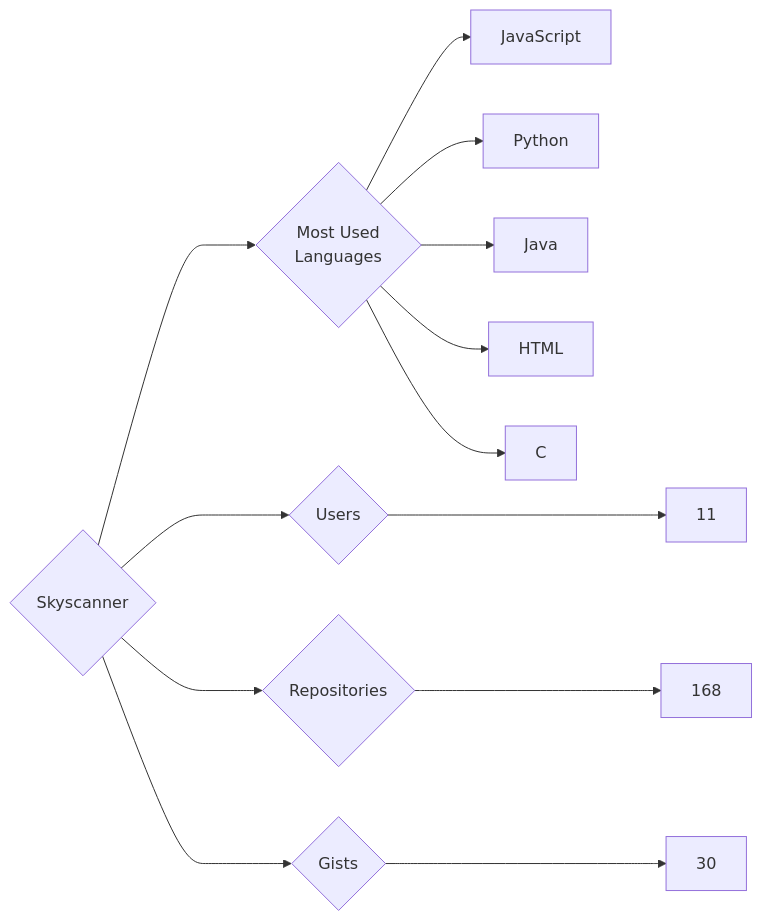
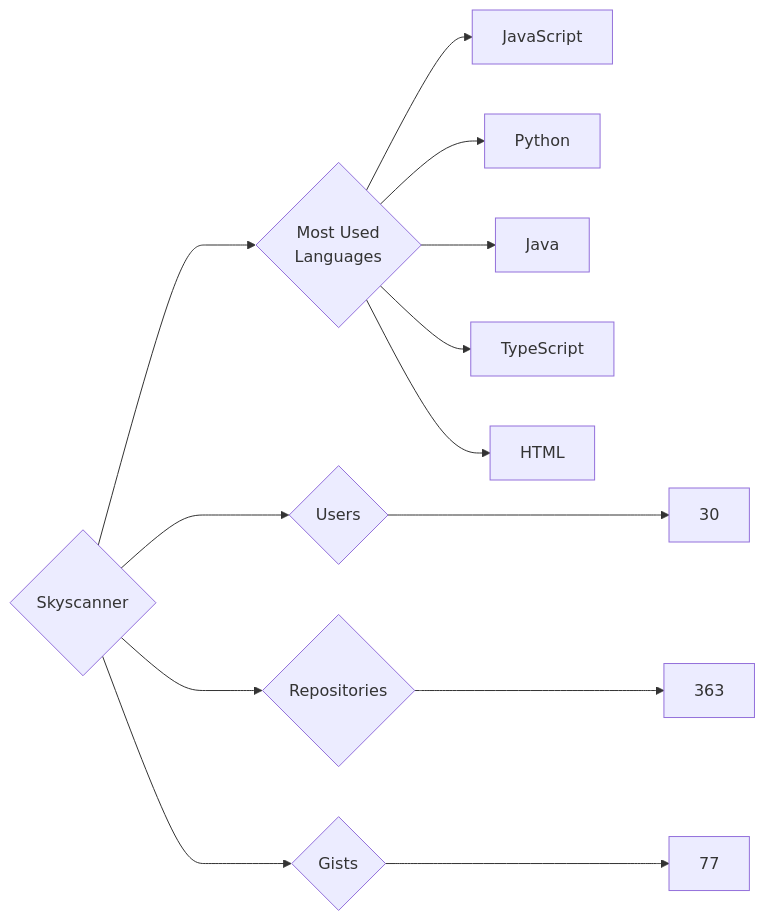
Before and after one commit to trickest/insiders: the diagram in targets/Skyscanner/README.md, drawn with Mermaid. The commit also changed 878 other files, not shown here.

````diff
--- a/targets/Skyscanner/README.md
+++ b/targets/Skyscanner/README.md
@@ -3,13 +3,13 @@
 ```mermaid
 graph LR
 COMPANY_NAME{Skyscanner}
-COMPANY_NAME ---> U{Users} ---> UN[11]
-COMPANY_NAME ---> R{Repositories} ---> RN[168]
-COMPANY_NAME ---> G{Gists} ---> GN[30]
+COMPANY_NAME ---> U{Users} ---> UN[30]
+COMPANY_NAME ---> R{Repositories} ---> RN[363]
+COMPANY_NAME ---> G{Gists} ---> GN[77]
 COMPANY_NAME ---> ML{Most Used<br>Languages}
 ML --> JavaScript[JavaScript]
 ML --> Python[Python]
 ML --> Java[Java]
+ML --> TypeScript[TypeScript]
 ML --> HTML[HTML]
-ML --> C[C]
 ```
````
